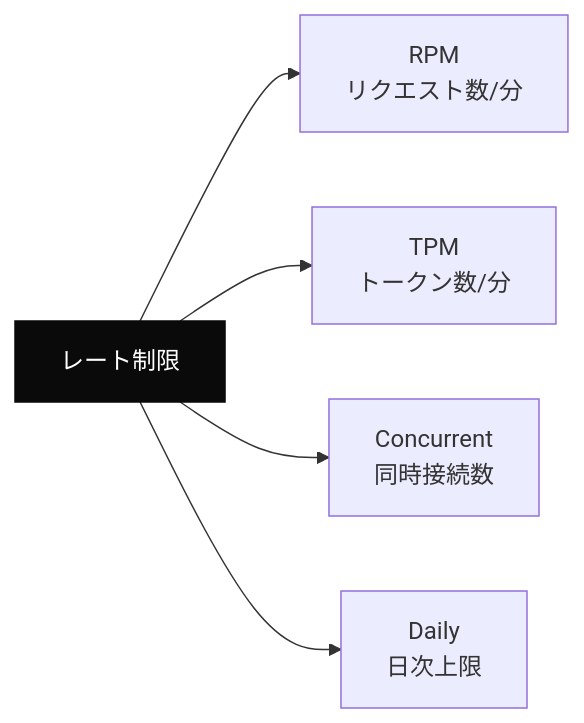
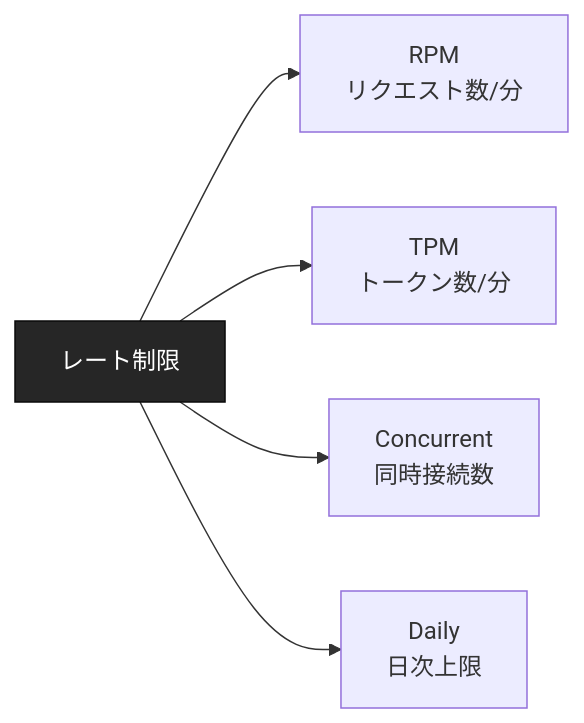
The first of 3 diagrams in docs/tech-notes/llm-api-のレート制限との付き合い方.md (dinekt/dinekt-wiki), drawn with Mermaid before and after one commit. The commit also changed other lines of this file and 71 other files, not shown here.

First line of the commit message:
fix: mermaid readability + remove GitHub repo toolbar

````diff
--- a/docs/tech-notes/llm-api-のレート制限との付き合い方.md
+++ b/docs/tech-notes/llm-api-のレート制限との付き合い方.md
@@ -25,9 +25,9 @@
 ```mermaid
 flowchart LR
     A[レート制限] --> B[RPM<br/>リクエスト数/分]
     A --> C[TPM<br/>トークン数/分]
     A --> D[Concurrent<br/>同時接続数]
     A --> E[Daily<br/>日次上限]
 
-    style A fill:#0a0a0a,color:#fff,stroke:#0a0a0a
+    style A fill:#262626,color:#fff,stroke:#0a0a0a
 ```
````
